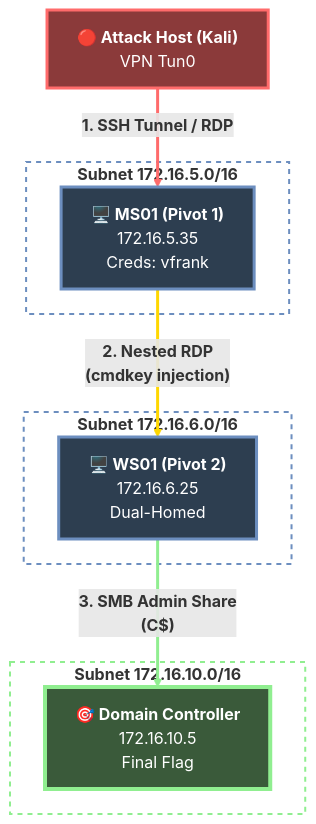
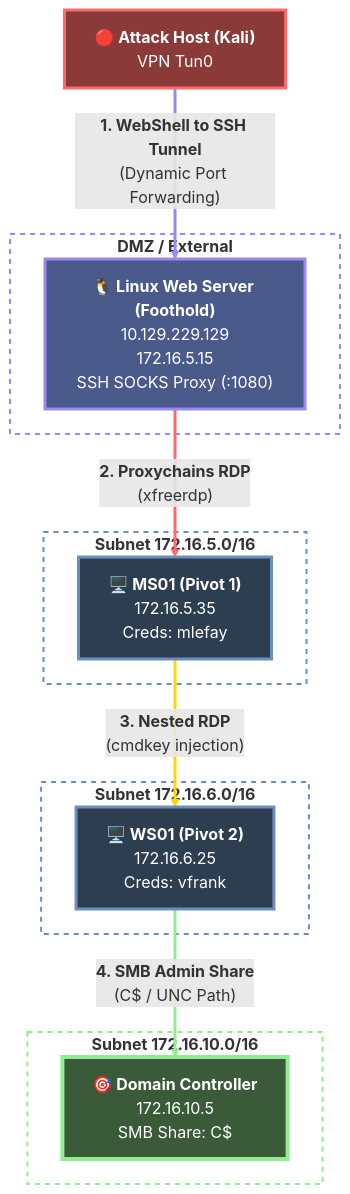
The tenth of 10 diagrams in docs/09-pivoting-tunneling.md (Roothulhu/Pwnomicon), drawn with Mermaid before and after one commit.

````diff
--- a/docs/09-pivoting-tunneling.md
+++ b/docs/09-pivoting-tunneling.md
@@ -5595,37 +5595,45 @@
 ```mermaid
 flowchart TD
     %% Nodes Definition
     KALI["<b>🔴 Attack Host (Kali)</b><br/>VPN Tun0"]
 
+    subgraph DMZ["<b>DMZ / External</b>"]
+        LINUX["<b>🐧 Linux Web Server (Foothold)</b><br/>10.129.229.129<br/>172.16.5.15<br/>SSH SOCKS Proxy (:1080)"]
+    end
+
     subgraph NET_5["<b>Subnet 172.16.5.0/16</b>"]
-        W35["<b>🖥️ MS01 (Pivot 1)</b><br/>172.16.5.35<br/>Creds: vfrank"]
+        W35["<b>🖥️ MS01 (Pivot 1)</b><br/>172.16.5.35<br/>Creds: mlefay"]
     end
 
     subgraph NET_6["<b>Subnet 172.16.6.0/16</b>"]
-        W25["<b>🖥️ WS01 (Pivot 2)</b><br/>172.16.6.25<br/>Dual-Homed"]
+        W25["<b>🖥️ WS01 (Pivot 2)</b><br/>172.16.6.25<br/>Creds: vfrank"]
     end
 
     subgraph NET_10["<b>Subnet 172.16.10.0/16</b>"]
-        DC10["<b>🎯 Domain Controller</b><br/>172.16.10.5<br/>Final Flag"]
+        DC10["<b>🎯 Domain Controller</b><br/>172.16.10.5<br/>SMB Share: C$"]
     end
 
     %% Techniques & Connections
-    KALI ==>|"<b>1. SSH Tunnel / RDP</b>"| W35
-    W35 ==>|"<b>2. Nested RDP<br/>(cmdkey injection)</b>"| W25
-    W25 ==>|"<b>3. SMB Admin Share<br/>(C$)</b>"| DC10
+    KALI ==>|"<b>1. WebShell to SSH Tunnel</b><br/>(Dynamic Port Forwarding)"| LINUX
+    LINUX ==>|"<b>2. Proxychains RDP</b><br/>(xfreerdp)"| W35
+    W35 ==>|"<b>3. Nested RDP</b><br/>(cmdkey injection)"| W25
+    W25 ==>|"<b>4. SMB Admin Share</b><br/>(C$ / UNC Path)"| DC10
 
     %% Styling
     style KALI fill:#8b3a3a,stroke:#ff6b6b,stroke-width:3px,color:#fff
+    style LINUX fill:#4a5a8b,stroke:#9b87f5,stroke-width:3px,color:#fff
     style W35 fill:#2d3e50,stroke:#6c8ebf,stroke-width:3px,color:#fff
     style W25 fill:#2d3e50,stroke:#6c8ebf,stroke-width:3px,color:#fff
     style DC10 fill:#3a5a3a,stroke:#90EE90,stroke-width:4px,color:#fff
 
+    style DMZ fill:none,stroke:#9b87f5,stroke-width:2px,stroke-dasharray: 5
     style NET_5 fill:none,stroke:#6c8ebf,stroke-width:2px,stroke-dasharray: 5
     style NET_6 fill:none,stroke:#6c8ebf,stroke-width:2px,stroke-dasharray: 5
     style NET_10 fill:none,stroke:#90EE90,stroke-width:2px,stroke-dasharray: 5
 
     %% Link styling
-    linkStyle 0 stroke:#ff6b6b,stroke-width:3px
-    linkStyle 1 stroke:#FFD700,stroke-width:3px
-    linkStyle 2 stroke:#90EE90,stroke-width:3px
+    linkStyle 0 stroke:#9b87f5,stroke-width:3px
+    linkStyle 1 stroke:#ff6b6b,stroke-width:3px
+    linkStyle 2 stroke:#FFD700,stroke-width:3px
+    linkStyle 3 stroke:#90EE90,stroke-width:3px
 ```
````
